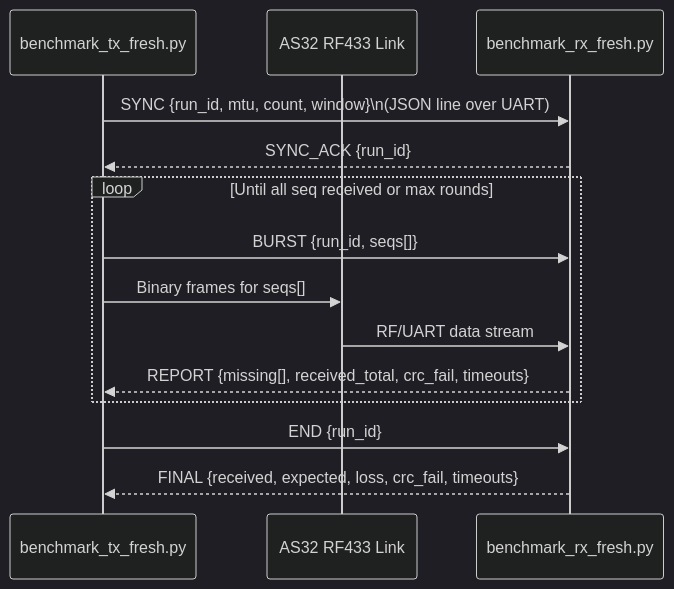
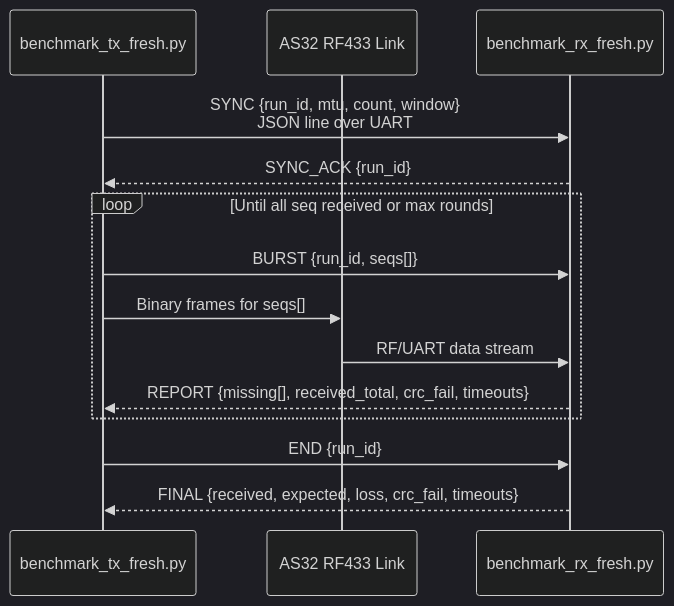
The diagram in README.md (ATOMIC09/RF-Benchmark), drawn with Mermaid (dark theme) before and after one commit. The commit also changed other lines of this file, not shown here.

````diff
--- a/README.md
+++ b/README.md
@@ -28,19 +28,19 @@
 ```mermaid
 sequenceDiagram
     participant TX as benchmark_tx_fresh.py
     participant RF as AS32 RF433 Link
     participant RX as benchmark_rx_fresh.py
 
-    TX->>RX: SYNC {run_id, mtu, count, window}\n(JSON line over UART)
+    TX->>RX: SYNC {run_id, mtu, count, window}<br/>JSON line over UART
     RX-->>TX: SYNC_ACK {run_id}
 
     loop Until all seq received or max rounds
         TX->>RX: BURST {run_id, seqs[]}
         TX->>RF: Binary frames for seqs[]
         RF->>RX: RF/UART data stream
         RX-->>TX: REPORT {missing[], received_total, crc_fail, timeouts}
     end
 
     TX->>RX: END {run_id}
     RX-->>TX: FINAL {received, expected, loss, crc_fail, timeouts}
 ```
````
